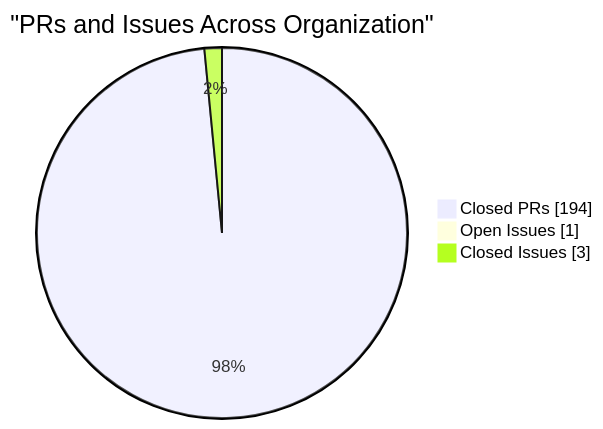
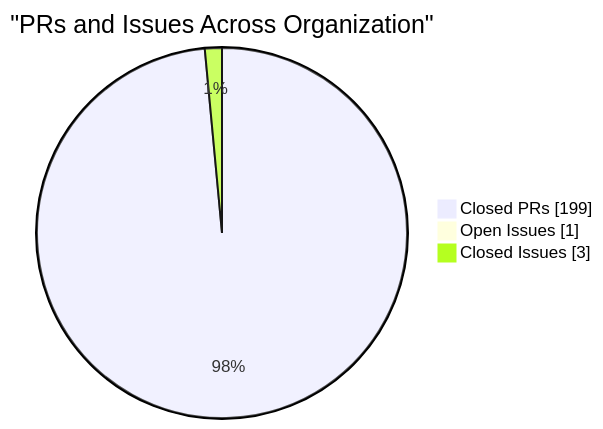
The fourth of 4 diagrams in profile/README.md (CSTH-Projects/.github), drawn with Mermaid before and after one commit. The commit also changed other lines of this file, not shown here.

````diff
--- a/profile/README.md
+++ b/profile/README.md
@@ -100,7 +100,7 @@
 ```mermaid
 pie showData
     title "PRs and Issues Across Organization"
-    "Closed PRs" : 194
+    "Closed PRs" : 199
     "Open Issues" : 1
     "Closed Issues" : 3
 ```
````
